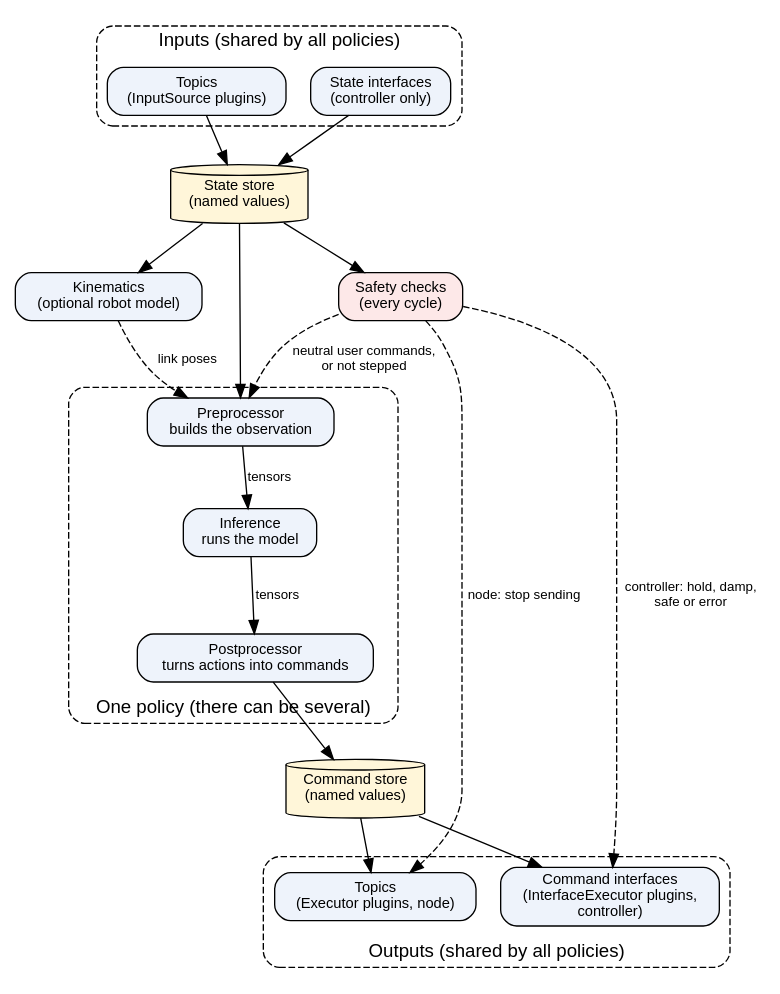
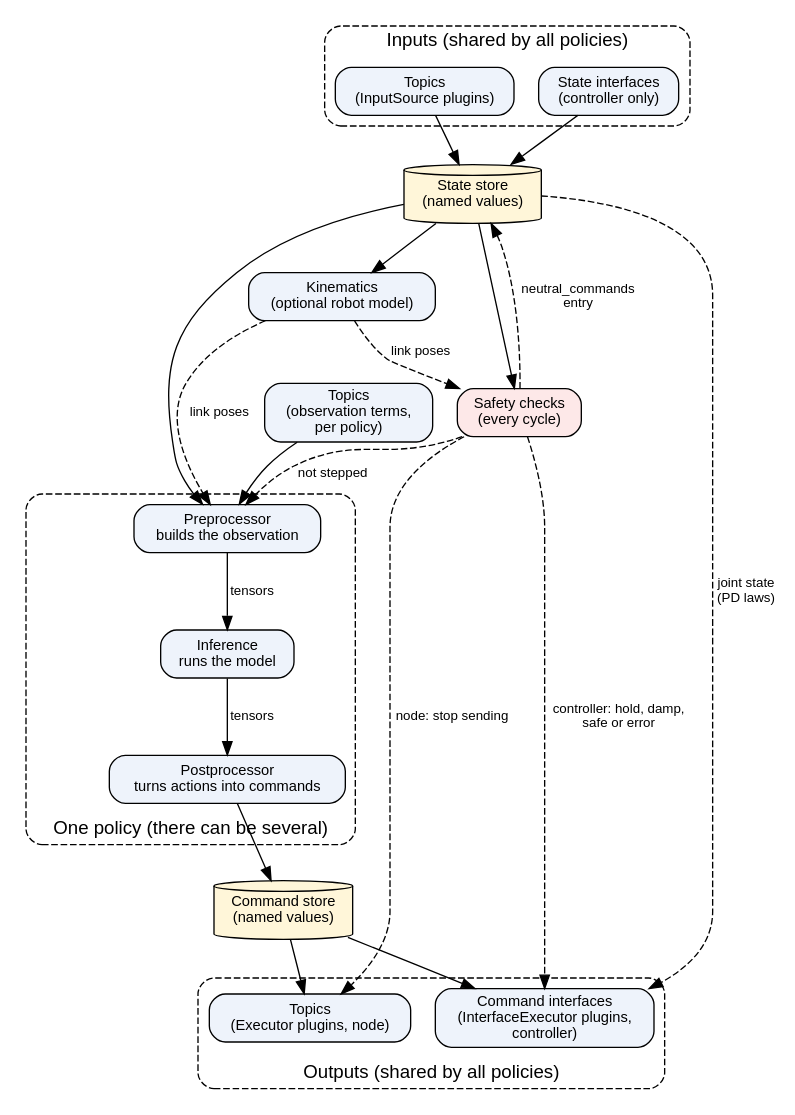
One commit to saikishor/ros2_policy_framework changed the diagram in docs/overview.rst. Above: the diagram before and after it, drawn with Graphviz. The commit also changed other lines of this file, not shown here.

Commit message:
Show the term topics, the neutral entry and the executors' state reads in the architecture diagram

```diff
--- a/docs/overview.rst
+++ b/docs/overview.rst
@@ -20,45 +22,50 @@
 .. graphviz::
 
    digraph architecture {
      rankdir=TB;
      node [shape=box, style="rounded,filled", fillcolor="#eef3fb", fontname="Helvetica", fontsize=11];
      edge [fontname="Helvetica", fontsize=10];
 
      subgraph cluster_in {
        label="Inputs (shared by all policies)"; style="rounded,dashed"; fontname="Helvetica";
        topics_in [label="Topics\n(InputSource plugins)"];
        ifaces_in [label="State interfaces\n(controller only)"];
      }
      state [label="State store\n(named values)", shape=cylinder, fillcolor="#fff6d9"];
      kin [label="Kinematics\n(optional robot model)"];
+     term_topics [label="Topics\n(observation terms,\nper policy)"];
 
      subgraph cluster_policy {
        label="One policy (there can be several)"; labelloc=b; style="rounded,dashed"; fontname="Helvetica";
        pre [label="Preprocessor\nbuilds the observation"];
        inf [label="Inference\nruns the model"];
        post [label="Postprocessor\nturns actions into commands"];
        pre -> inf [label="tensors"];
        inf -> post [label="tensors"];
      }
      commands [label="Command store\n(named values)", shape=cylinder, fillcolor="#fff6d9"];
      safety [label="Safety checks\n(every cycle)", fillcolor="#fde8e8"];
 
      subgraph cluster_out {
        label="Outputs (shared by all policies)"; labelloc=b; style="rounded,dashed"; fontname="Helvetica";
        topics_out [label="Topics\n(Executor plugins, node)"];
        ifaces_out [label="Command interfaces\n(InterfaceExecutor plugins,\ncontroller)"];
      }
 
      topics_in -> state;
      ifaces_in -> state;
      state -> pre;
      state -> kin;
      kin -> pre [label="link poses", style=dashed];
+     term_topics -> pre;
      post -> commands;
      commands -> topics_out;
      commands -> ifaces_out;
+     state -> ifaces_out [label="joint state\n(PD laws)", style=dashed];
      state -> safety;
-     safety -> pre [label="neutral user commands,\nor not stepped", style=dashed];
+     kin -> safety [label="link poses", style=dashed];
+     safety -> state [label="neutral_commands\nentry", style=dashed];
+     safety -> pre [label="not stepped", style=dashed];
      safety -> topics_out [label="node: stop sending", style=dashed];
      safety -> ifaces_out [label="controller: hold, damp,\nsafe or error", style=dashed];
    }
```
